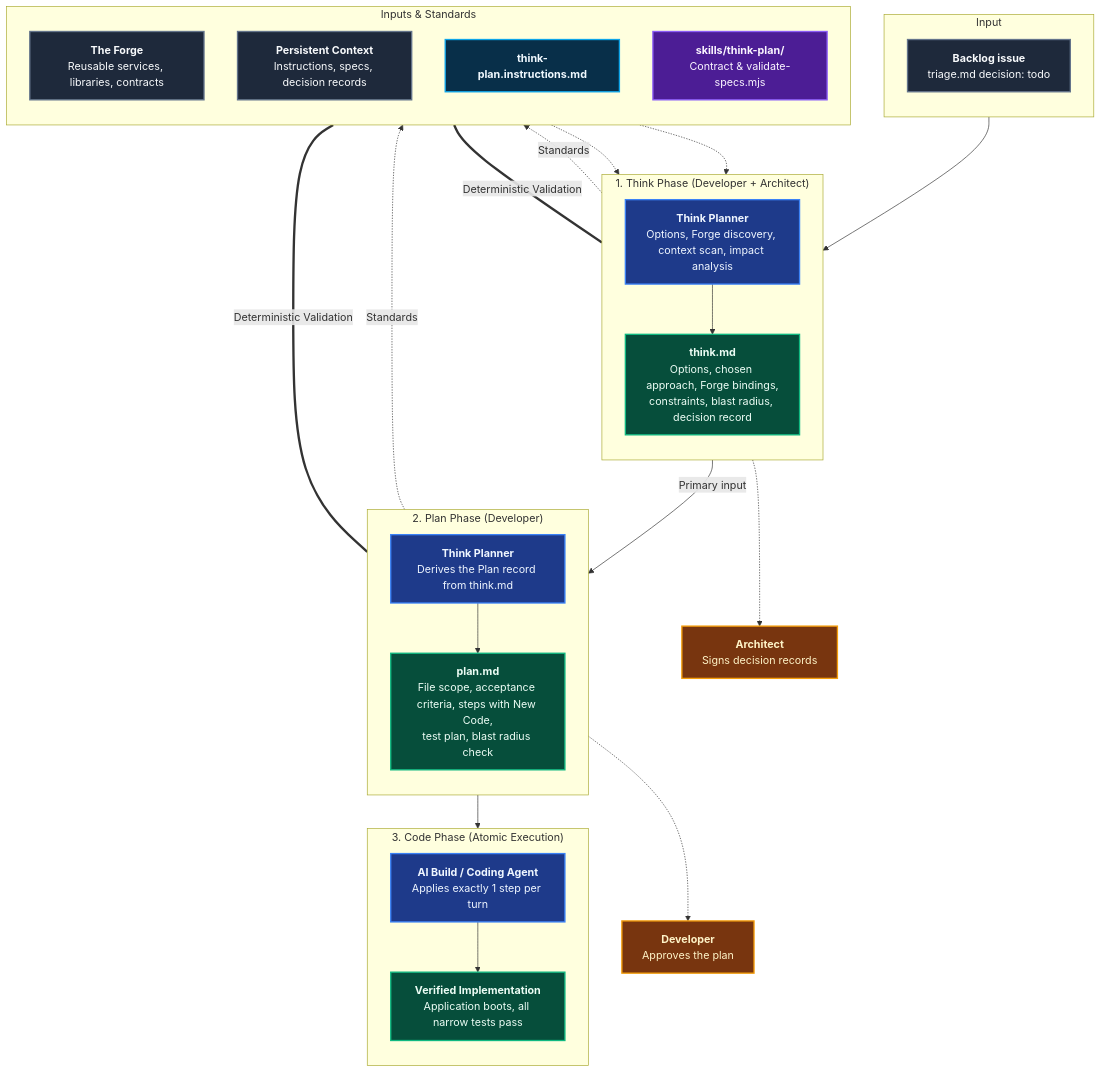
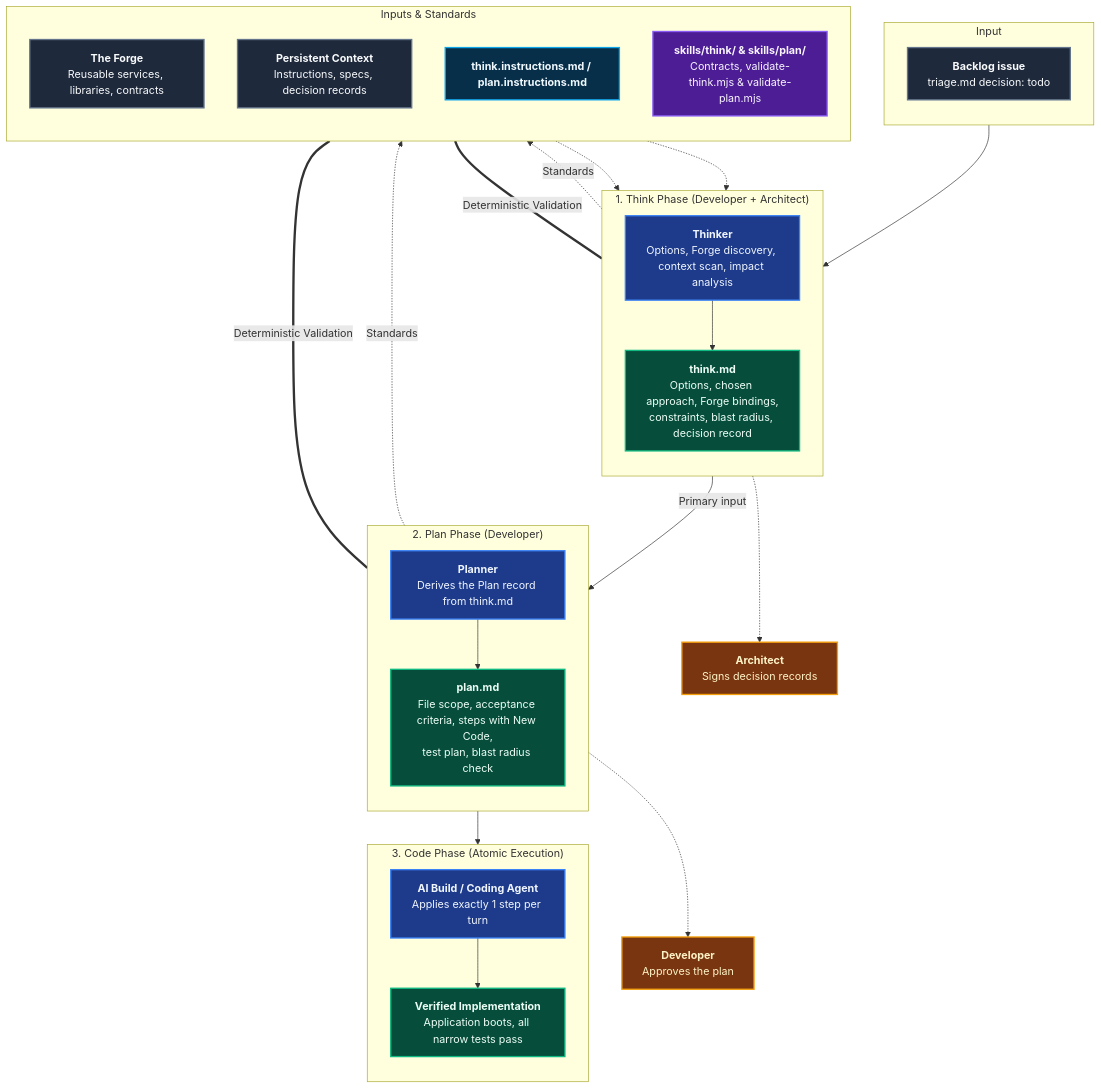
One commit to ALTEN-group/coding-pal changed the first of 2 diagrams in website/docs/guide/domain-think-plan.md. Above: the diagram before and after it, drawn with Mermaid. The commit also changed other lines of this file and 60 other files, not shown here.

````diff
--- a/website/docs/guide/domain-think-plan.md
+++ b/website/docs/guide/domain-think-plan.md
@@ -11,68 +11,68 @@
 ```mermaid
 ---
 caption: Backlog Issue to Specifications (Triage -> Think -> Plan -> Code)
 ---
 flowchart TD
     subgraph Phase0 ["Input"]
         direction TB
         TRI["<b>Backlog issue</b><br/>triage.md decision: todo"]
     end
 
     subgraph Phase1 ["1. Think Phase (Developer + Architect)"]
         direction TB
-        AG_THINK["<b>Think Planner</b><br/>Options, Forge discovery, context scan, impact analysis"]
+        AG_THINK["<b>Thinker</b><br/>Options, Forge discovery, context scan, impact analysis"]
         THINK_DOC["<b>think.md</b><br/>Options, chosen approach, Forge bindings,<br/>constraints, blast radius, decision record"]
         AG_THINK --> THINK_DOC
     end
 
     subgraph Phase2 ["2. Plan Phase (Developer)"]
         direction TB
-        AG_PLAN["<b>Think Planner</b><br/>Derives the Plan record from think.md"]
+        AG_PLAN["<b>Planner</b><br/>Derives the Plan record from think.md"]
         PLAN_DOC["<b>plan.md</b><br/>File scope, acceptance criteria, steps with New Code,<br/>test plan, blast radius check"]
         AG_PLAN --> PLAN_DOC
     end
 
     subgraph Phase3 ["3. Code Phase (Atomic Execution)"]
         direction TB
         BUILD_AG["<b>AI Build / Coding Agent</b><br/>Applies exactly 1 step per turn"]
         DONE["<b>Verified Implementation</b><br/>Application boots, all narrow tests pass"]
         BUILD_AG --> DONE
     end
 
     subgraph Context ["Inputs & Standards"]
         direction TB
         FORGE["<b>The Forge</b><br/>Reusable services, libraries, contracts"]
         PC["<b>Persistent Context</b><br/>Instructions, specs, decision records"]
-        INST_SPEC["<b>think-plan.instructions.md</b>"]
-        SKILL_SPEC["<b>skills/think-plan/</b><br/>Contract & validate-specs.mjs"]
+        INST_SPEC["<b>think.instructions.md / plan.instructions.md</b>"]
+        SKILL_SPEC["<b>skills/think/ &amp; skills/plan/</b><br/>Contracts, validate-think.mjs &amp; validate-plan.mjs"]
     end
 
     ARCH["<b>Architect</b><br/>Signs decision records"]
     DEV["<b>Developer</b><br/>Approves the plan"]
 
     TRI --> AG_THINK
     THINK_DOC -->|"Primary input"| AG_PLAN
     PLAN_DOC --> BUILD_AG
     THINK_DOC -.-> ARCH
     PLAN_DOC -.-> DEV
     FORGE -.-> AG_THINK
     PC -.-> AG_THINK
     AG_THINK -.->|Standards| INST_SPEC
     AG_PLAN -.->|Standards| INST_SPEC
     THINK_DOC ===|Deterministic Validation| SKILL_SPEC
     PLAN_DOC ===|Deterministic Validation| SKILL_SPEC
 
     classDef stage fill:#1e3a8a,stroke:#3b82f6,stroke-width:2px,color:#eff6ff;
     classDef instruction fill:#082f49,stroke:#0ea5e9,stroke-width:2px,color:#f0f9ff;
     classDef skill fill:#4c1d95,stroke:#8b5cf6,stroke-width:2px,color:#faf5ff;
     classDef artifact fill:#064e3b,stroke:#10b981,stroke-width:2px,color:#ecfdf5;
     classDef input fill:#1e293b,stroke:#64748b,stroke-width:2px,color:#f8fafc;
     classDef human fill:#78350f,stroke:#f59e0b,stroke-width:2px,color:#fef3c7;
 
     class TRI,FORGE,PC input;
     class AG_THINK,AG_PLAN,BUILD_AG stage;
     class INST_SPEC instruction;
     class SKILL_SPEC skill;
     class THINK_DOC,PLAN_DOC,DONE artifact;
     class ARCH,DEV human;
 ```
````
